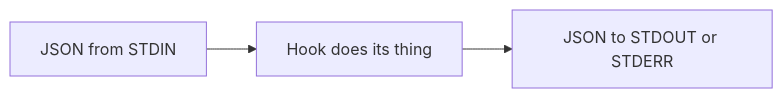
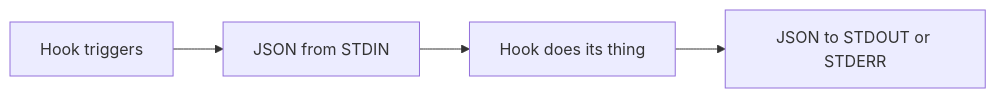
One commit to gabriel-dehan/claude_hooks changed the first of 2 diagrams in README.md. Above: the diagram before and after it, drawn with Mermaid.

````diff
--- a/README.md
+++ b/README.md
@@ -249,4 +249,4 @@
 ```mermaid
 graph LR
-    A[JSON from STDIN] --> B[Hook does its thing] --> C[JSON to STDOUT or STDERR]
+    A[Hook triggers] --> B[JSON from STDIN] --> C[Hook does its thing] --> D[JSON to STDOUT or STDERR]
 ```
````
